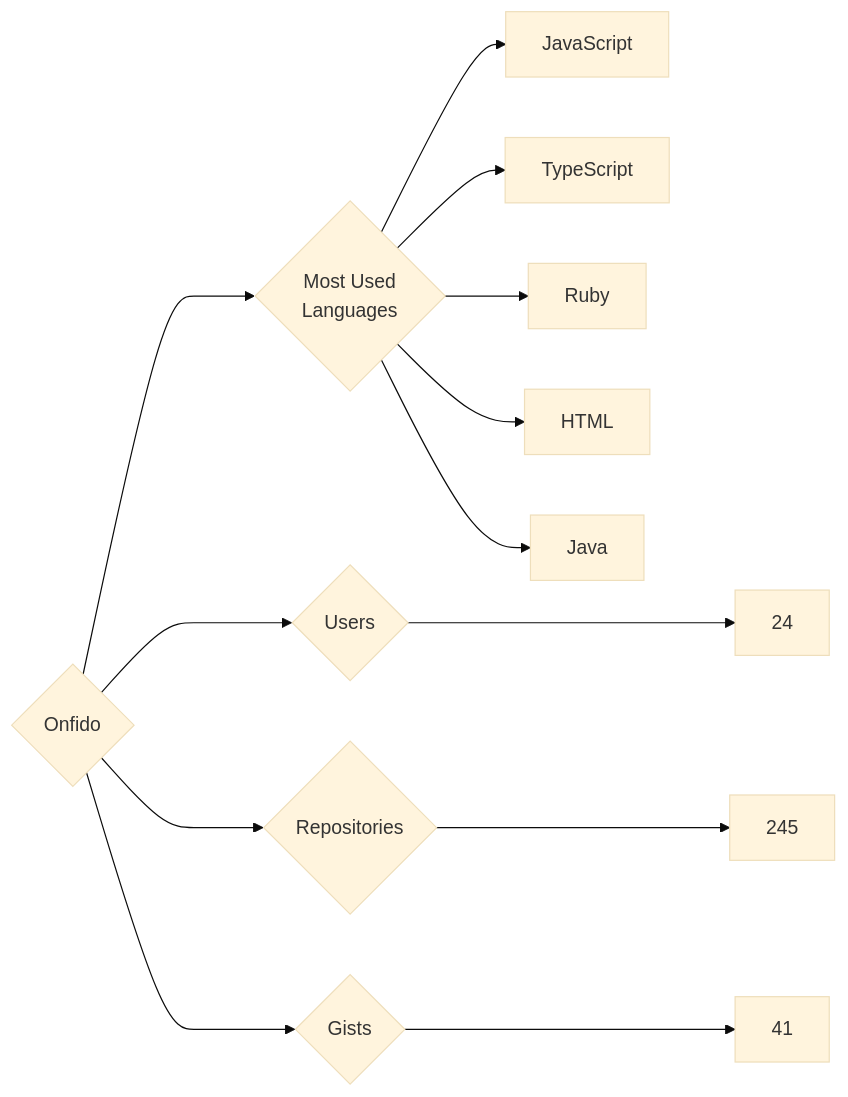
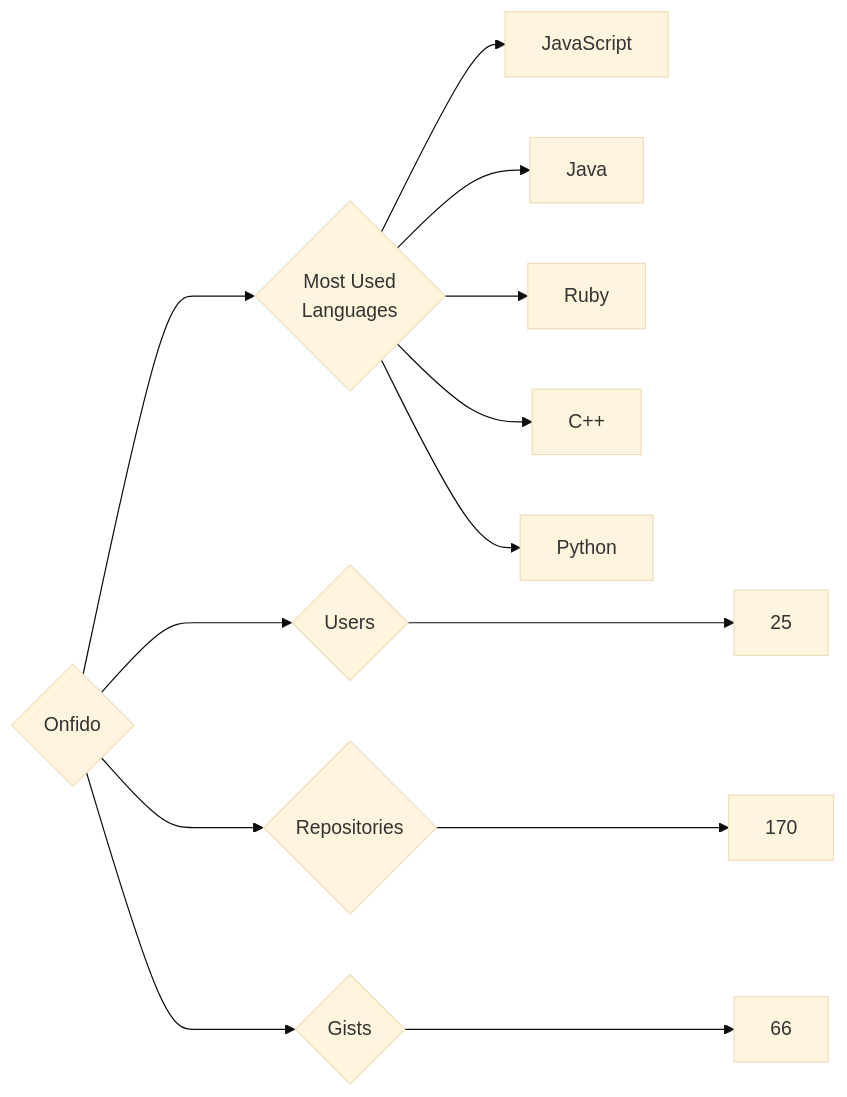
The diagram in targets/Onfido/README.md (trickest/insiders), drawn with Mermaid (base theme) before and after one commit. The commit also changed 582 other files, not shown here.

````diff
--- a/targets/Onfido/README.md
+++ b/targets/Onfido/README.md
@@ -3,13 +3,13 @@
 ```mermaid
 graph LR
 COMPANY_NAME{Onfido}
-COMPANY_NAME ---> U{Users} ---> UN[24]
-COMPANY_NAME ---> R{Repositories} ---> RN[245]
-COMPANY_NAME ---> G{Gists} ---> GN[41]
+COMPANY_NAME ---> U{Users} ---> UN[25]
+COMPANY_NAME ---> R{Repositories} ---> RN[170]
+COMPANY_NAME ---> G{Gists} ---> GN[66]
 COMPANY_NAME ---> ML{Most Used<br>Languages}
 ML --> JavaScript[JavaScript]
-ML --> TypeScript[TypeScript]
+ML --> Java[Java]
 ML --> Ruby[Ruby]
-ML --> HTML[HTML]
-ML --> Java[Java]
+ML --> C++[C++]
+ML --> Python[Python]
 ```
````
